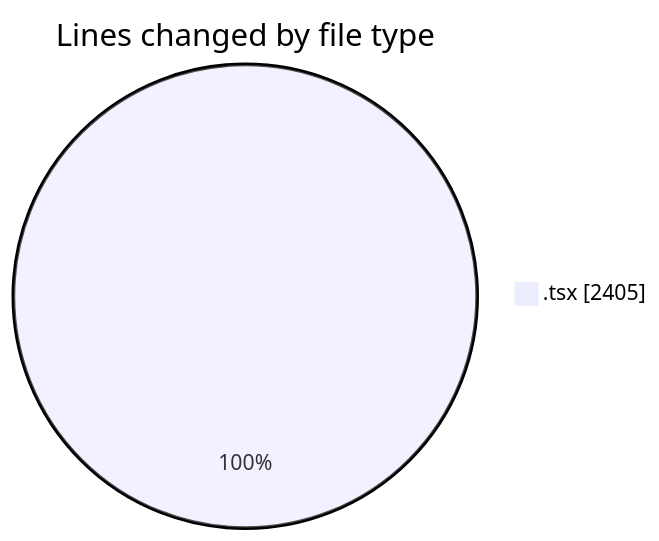
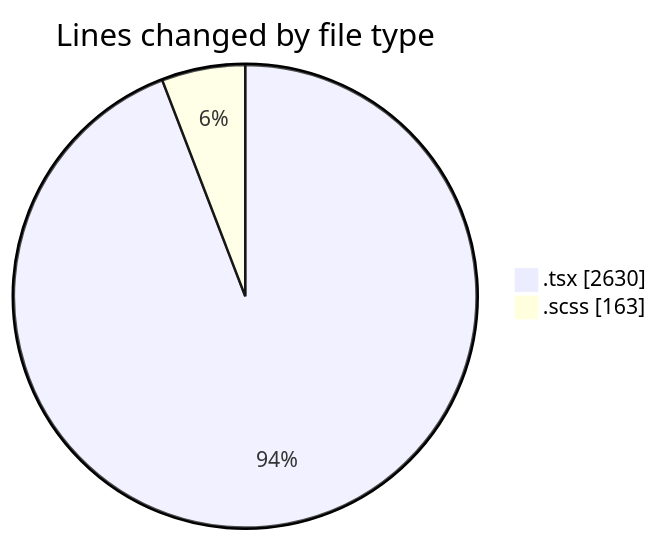
One commit to momahboobian/code-tracking changed the first of 2 diagrams in 2025-04-04/cda/README.md. Above: the diagram before and after it, drawn with Mermaid. The commit also changed other lines of this file and 1 other file, not shown here.

````diff
--- a/2025-04-04/cda/README.md
+++ b/2025-04-04/cda/README.md
@@ -28,5 +30,6 @@
 ```mermaid
 pie showData
 title Lines changed by file type
-".tsx" : 2405
+".tsx" : 2630
+".scss" : 163
 ```
````
